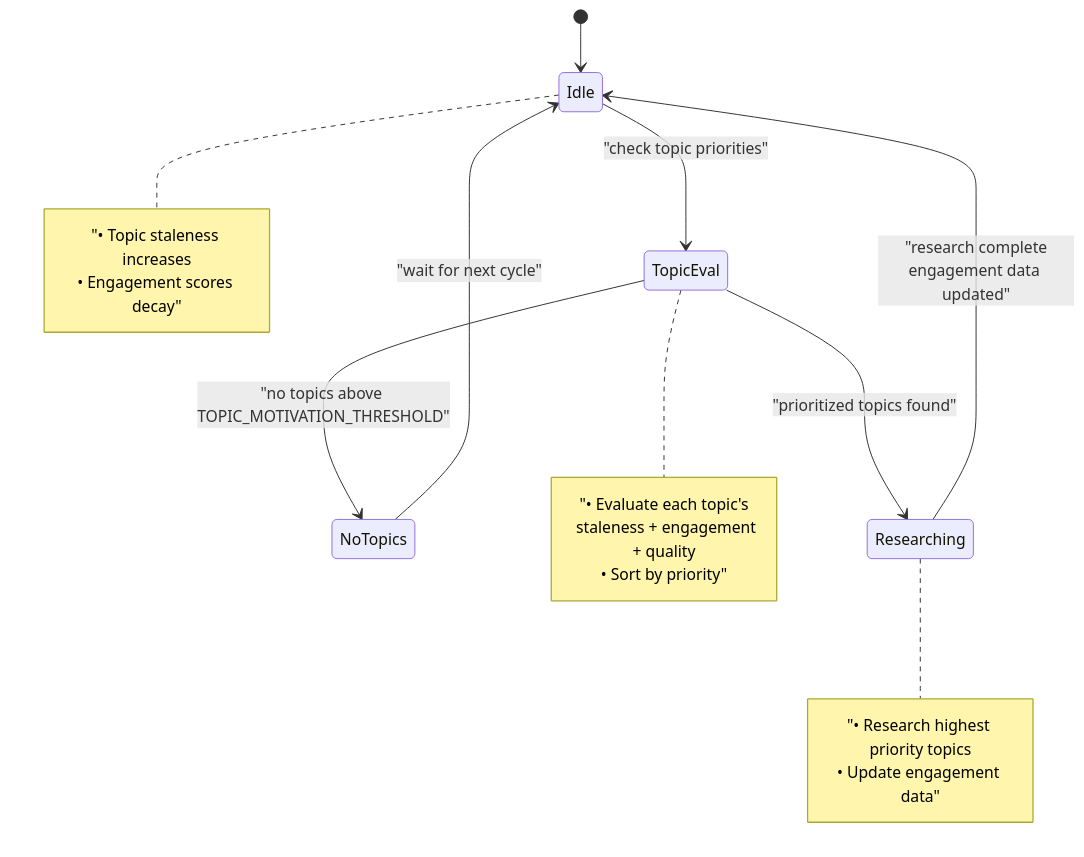
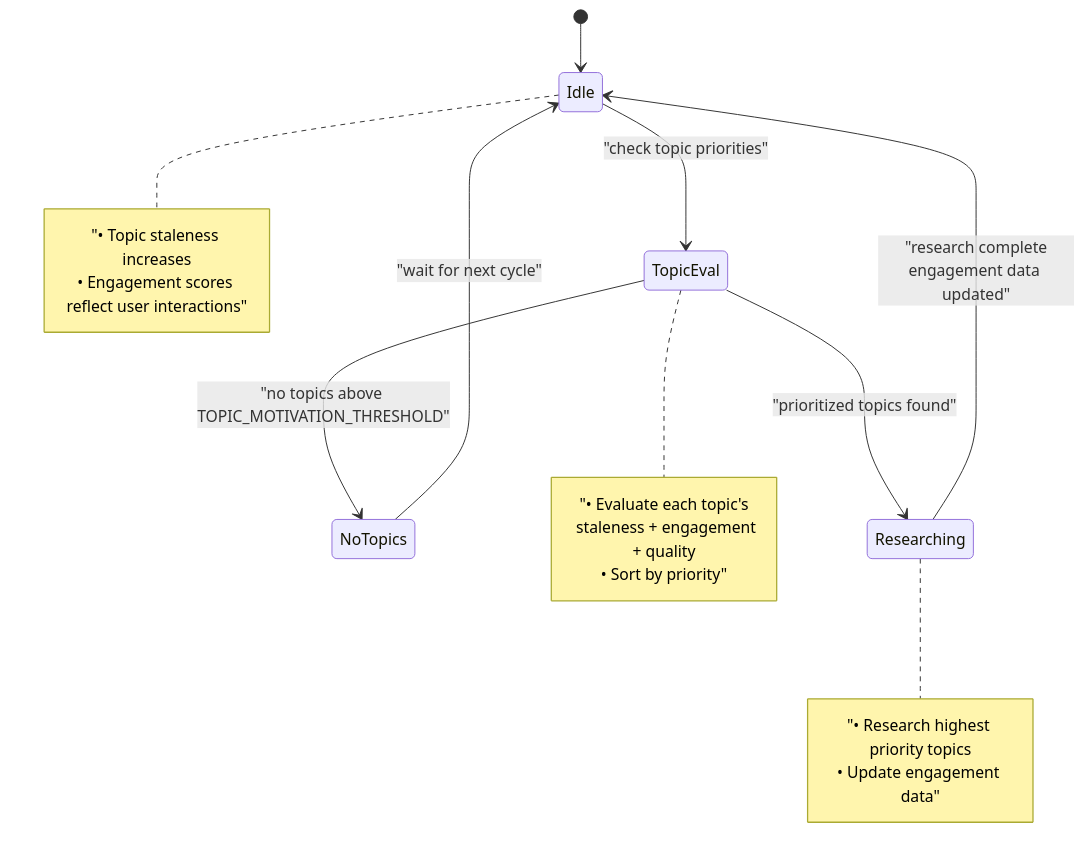
The first of 2 diagrams in docs/research_engine.md (iCog-Labs-Dev/researcher-prototype), drawn with Mermaid before and after one commit. The commit also changed other lines of this file and 1 other file, not shown here.

Commit message:
Update docs to reflect actual motivation system calculations

````diff
--- a/docs/research_engine.md
+++ b/docs/research_engine.md
@@ -96,13 +101,13 @@
 ```mermaid
 stateDiagram-v2
     [*] --> Idle
     Idle --> TopicEval : "check topic priorities"
     TopicEval --> NoTopics : "no topics above TOPIC_MOTIVATION_THRESHOLD"
     TopicEval --> Researching : "prioritized topics found"
     NoTopics --> Idle : "wait for next cycle"
     Researching --> Idle : "research complete<br/>engagement data updated"
     
-    note right of Idle : "• Topic staleness increases<br/>• Engagement scores decay"
+    note right of Idle : "• Topic staleness increases<br/>• Engagement scores reflect user interactions"
     note right of TopicEval : "• Evaluate each topic's<br/>  staleness + engagement + quality<br/>• Sort by priority"
     note right of Researching : "• Research highest priority topics<br/>• Update engagement data"
 ```
````
